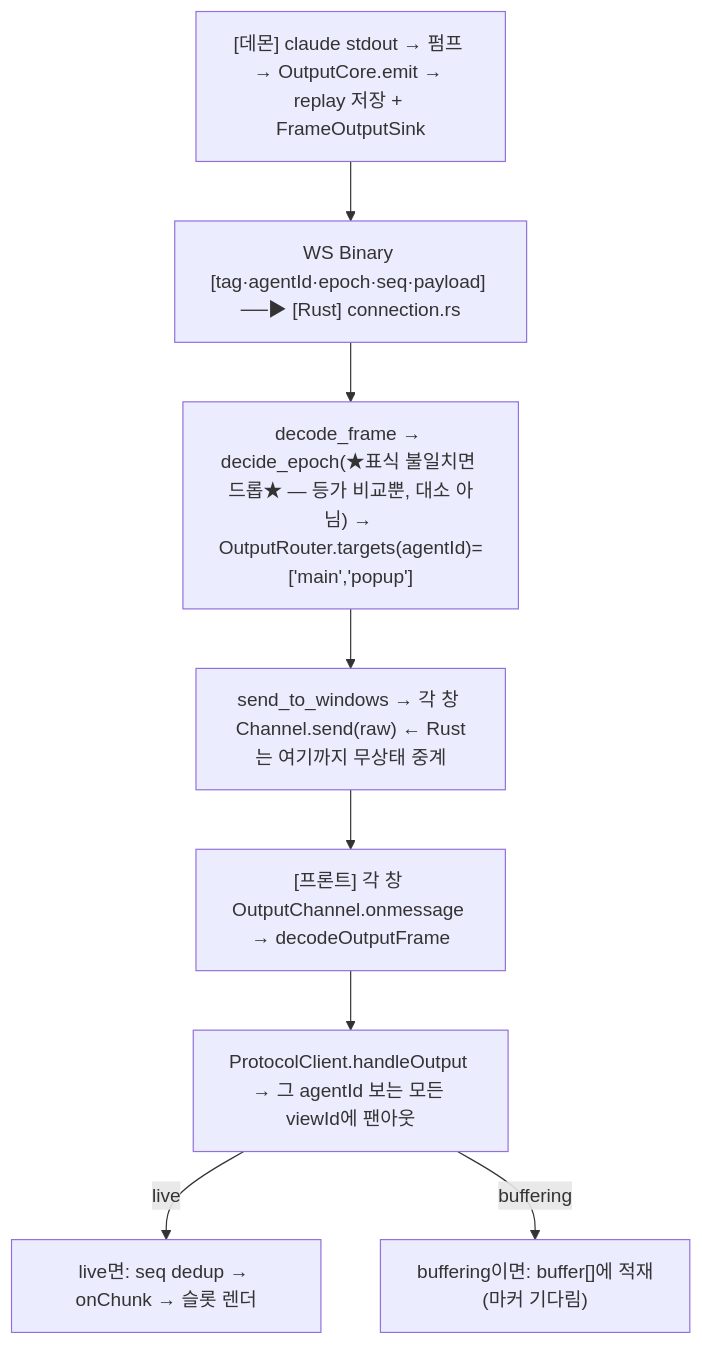
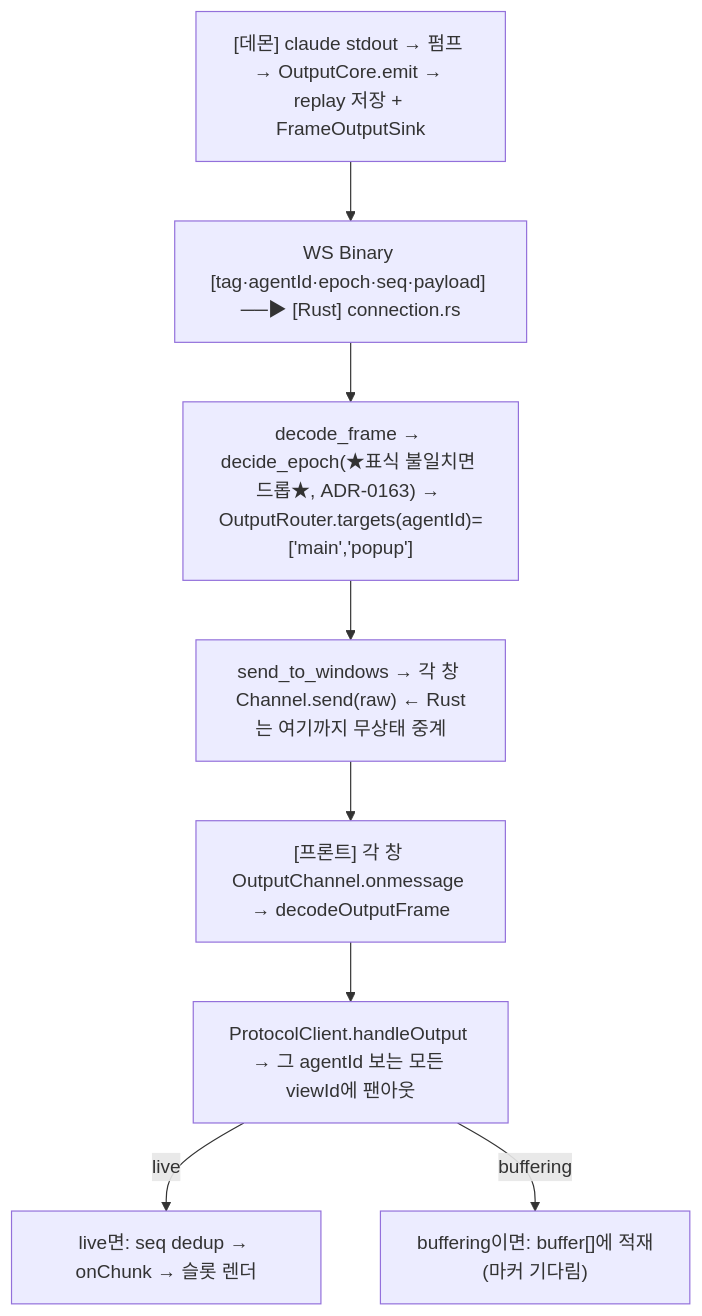
Diagram 18 of 20 in docs/reference/architecture-overview.md (kimsunzun/engram-dashboard), drawn with Mermaid before and after one commit. The commit also changed other lines of this file, not shown here.

First line of the commit message:
S20: docs(reference): 조감도의 중복을 걷는다 — ADR 맵·화신 표식·불변식 절

````diff
--- a/docs/reference/architecture-overview.md
+++ b/docs/reference/architecture-overview.md
@@ -668,15 +667,15 @@
 ```mermaid
 flowchart TD
   O1["[데몬] claude stdout → 펌프 → OutputCore.emit → replay 저장 + FrameOutputSink"]
   O2["WS Binary [tag·agentId·epoch·seq·payload] ──▶ [Rust] connection.rs"]
-  O3["decode_frame → decide_epoch(★표식 불일치면 드롭★ — 등가 비교뿐, 대소 아님) → OutputRouter.targets(agentId)=['main','popup']"]
+  O3["decode_frame → decide_epoch(★표식 불일치면 드롭★, ADR-0163) → OutputRouter.targets(agentId)=['main','popup']"]
   O4["send_to_windows → 각 창 Channel.send(raw) ← Rust는 여기까지 무상태 중계"]
   O5["[프론트] 각 창 OutputChannel.onmessage → decodeOutputFrame"]
   O6["ProtocolClient.handleOutput → 그 agentId 보는 모든 viewId에 팬아웃"]
   OL["live면: seq dedup → onChunk → 슬롯 렌더"]
   OB["buffering이면: buffer[]에 적재(마커 기다림)"]
 
   O1 --> O2 --> O3 --> O4 --> O5 --> O6
   O6 -->|"live"| OL
   O6 -->|"buffering"| OB
 ```
````
